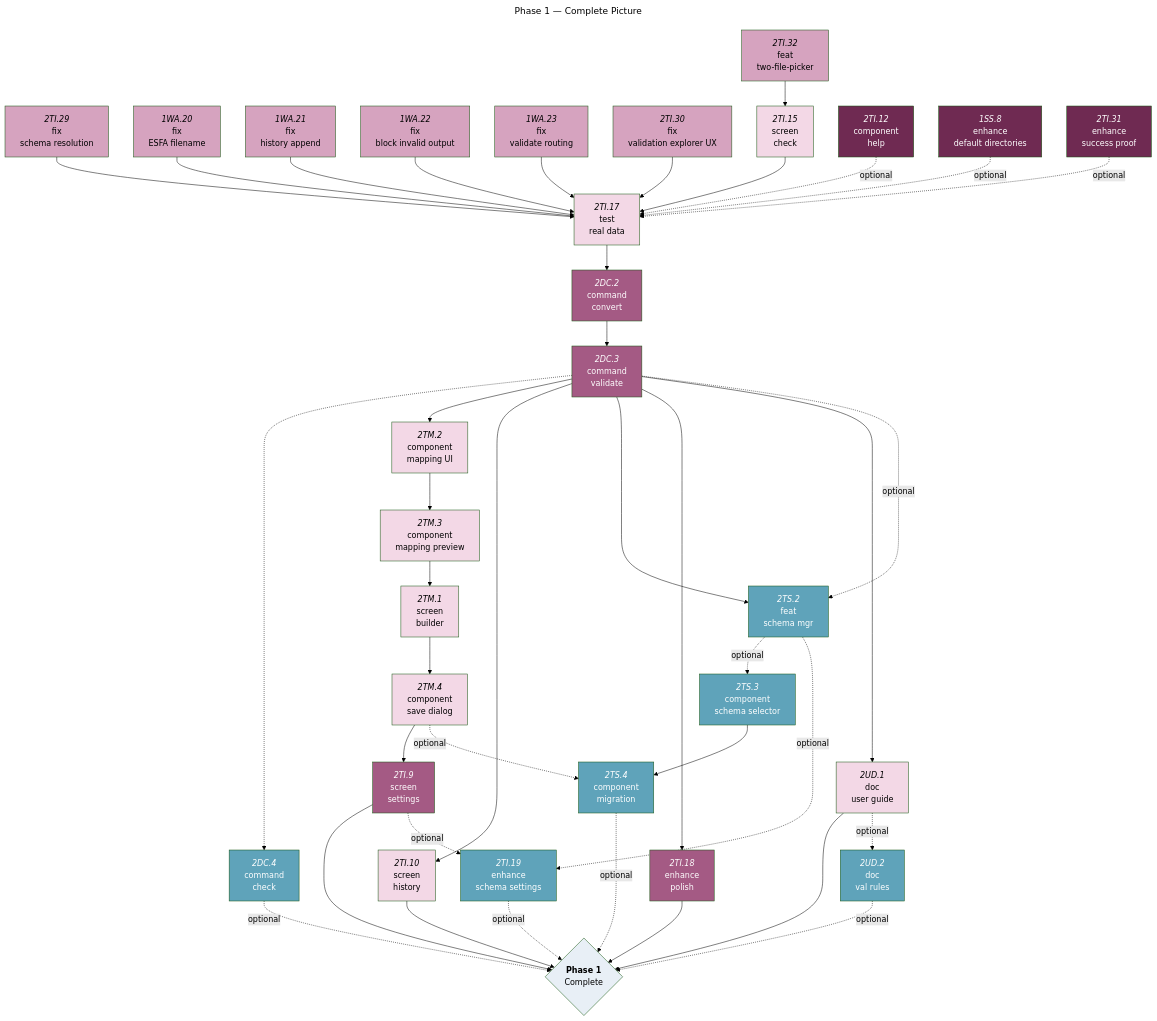
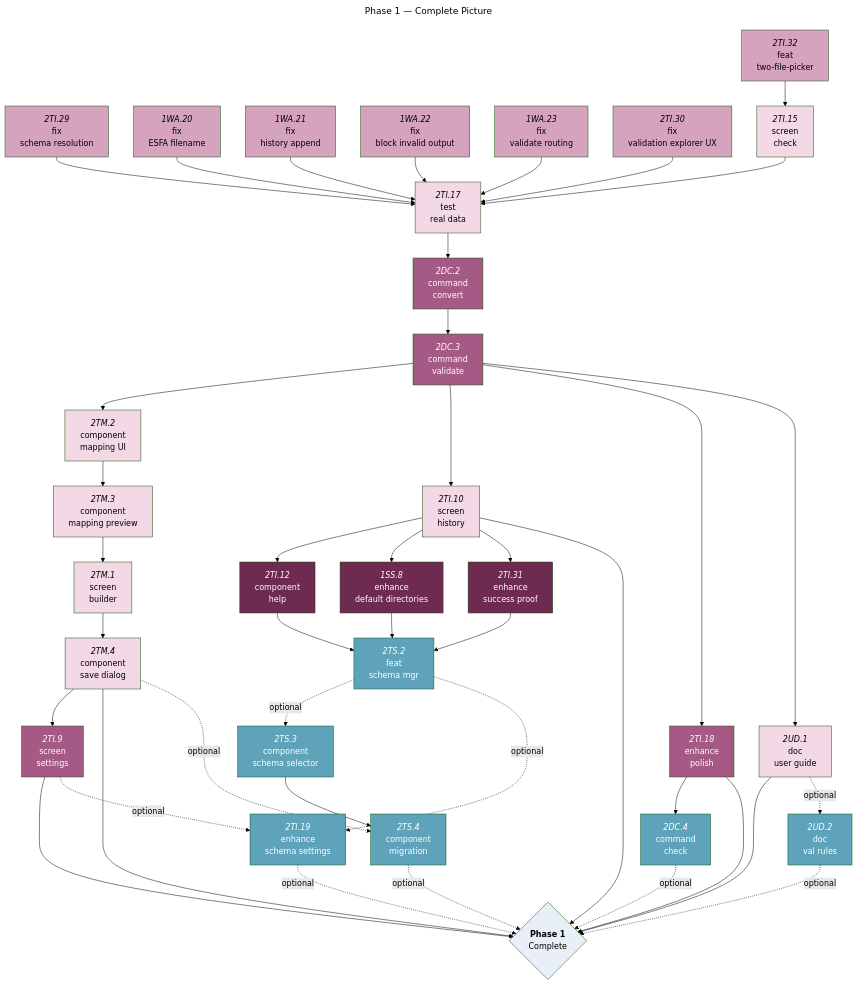
The fifth of 5 diagrams in docs/roadmaps/phase-1-mvp-features.md (foundersandcoders/iris), drawn with Mermaid (forest theme) before and after one commit. The commit also changed other lines of this file, not shown here.

````diff
--- a/docs/roadmaps/phase-1-mvp-features.md
+++ b/docs/roadmaps/phase-1-mvp-features.md
@@ -328,78 +330,78 @@
 ```mermaid
 ---
 title: Phase 1 — Complete Picture
 ---
 graph TD
 
 %% M2A Open — bugs/fixes before real-data testing %%
 2TI.29["`*2TI.29*<br/>fix<br/>schema resolution`"]:::must-open
 1WA.20["`*1WA.20*<br/>fix<br/>ESFA filename`"]:::must-open
 1WA.21["`*1WA.21*<br/>fix<br/>history append`"]:::must-open
 1WA.22["`*1WA.22*<br/>fix<br/>block invalid output`"]:::must-open
 1WA.23["`*1WA.23*<br/>fix<br/>validate routing`"]:::must-open
 2TI.30["`*2TI.30*<br/>fix<br/>validation explorer UX`"]:::must-open
 2TI.32["`*2TI.32*<br/>feat<br/>two-file-picker`"]:::must-open
 2TI.15["`*2TI.15*<br/>screen<br/>check`"]:::must-blocked
 2TI.12["`*2TI.12*<br/>component<br/>help`"]:::should-open
 1SS.8["`*1SS.8*<br/>enhance<br/>default directories`"]:::should-open
 2TI.31["`*2TI.31*<br/>enhance<br/>success proof`"]:::should-open
 2TI.17["`*2TI.17*<br/>test<br/>real data`"]:::must-blocked
 
 %% M2B Tasks %%
 2DC.2["`*2DC.2*<br/>command<br/>convert`"]:::should-blocked
 2DC.3["`*2DC.3*<br/>command<br/>validate`"]:::should-blocked
 2DC.4["`*2DC.4*<br/>command<br/>check`"]:::could-blocked
 
 %% M2C Tasks %%
 2TM.2["`*2TM.2*<br/>component<br/>mapping UI`"]:::must-blocked
 2TM.3["`*2TM.3*<br/>component<br/>mapping preview`"]:::must-blocked
 2TM.1["`*2TM.1*<br/>screen<br/>builder`"]:::must-blocked
 2TM.4["`*2TM.4*<br/>component<br/>save dialog`"]:::must-blocked
 2TI.9["`*2TI.9*<br/>screen<br/>settings`"]:::should-blocked
 2TS.2["`*2TS.2*<br/>feat<br/>schema mgr`"]:::could-blocked
 2TS.3["`*2TS.3*<br/>component<br/>schema selector`"]:::could-blocked
 2TS.4["`*2TS.4*<br/>component</br>migration`"]:::could-blocked
 2TI.19["`*2TI.19*<br/>enhance<br/>schema settings`"]:::could-blocked
 2TI.10["`*2TI.10*<br/>screen<br/>history`"]:::must-blocked
 2TI.18["`*2TI.18*<br/>enhance<br/>polish`"]:::should-blocked
 2UD.1["`*2UD.1*<br/>doc<br/>user guide`"]:::must-blocked
 2UD.2["`*2UD.2*<br/>doc<br/>val rules`"]:::could-blocked
 
 %% Milestone nodes %%
 phase1{"`**Phase 1**<br/>Complete`"}:::mile
 
 %% M2A Dependencies %%
 2TI.32 --> 2TI.15
 2TI.29 & 1WA.20 & 1WA.21 & 1WA.22 & 1WA.23 & 2TI.30 & 2TI.15 --> 2TI.17
 
 %% M2B Dependencies %%
 2TI.17 --> 2DC.2
 2DC.2 --> 2DC.3
-2DC.3 -.-> 2DC.4
-2DC.3 --> 2TM.2 & 2TI.10 & 2TS.2 & 2TI.18 & 2UD.1
+2DC.3 --> 2TM.2 & 2TI.10 & 2TI.18 & 2UD.1
 
 %% M2C Dependencies %%
 2TM.2 --> 2TM.3
 2TM.3 --> 2TM.1
 2TM.1 --> 2TM.4
 2TM.4 --> 2TI.9
+2TI.10 --> 2TI.12 & 1SS.8 & 2TI.31
+2TI.12 & 1SS.8 & 2TI.31 --> 2TS.2
+2TI.18 --> 2DC.4
 2TS.3 --> 2TS.4
-2TI.9 & 2TI.10 & 2TI.18 & 2UD.1 --> phase1
+2TI.9 & 2TI.10 & 2TI.18 & 2UD.1 & 2TM.4 --> phase1
 
 %% OPTIONAL %%
-2TI.12 & 1SS.8 & 2TI.31 -.->|optional| 2TI.17
 2UD.1 -.->|optional| 2UD.2
 2TI.9 -.->|optional| 2TI.19
 2TM.4 -.->|optional| 2TS.4
-2DC.3 -.->|optional| 2TS.2
 2TS.2 -.->|optional| 2TS.3 & 2TI.19
 2DC.4 & 2TI.19 & 2TS.4 & 2UD.2 -.->|optional| phase1
 
 classDef must-open fill:#D6A3BF,color:#000;
 classDef must-blocked fill:#F3D8E6,color:#000;
 classDef should-open fill:#6F2A52,color:#fff;
 classDef should-blocked fill:#A45A84,color:#fff;
 classDef could-open fill:#3E7F96,color:#fff;
 classDef could-blocked fill:#5FA3BA,color:#fff;
 classDef mile fill:#E8EFF6,color:#000;
 ```
````
